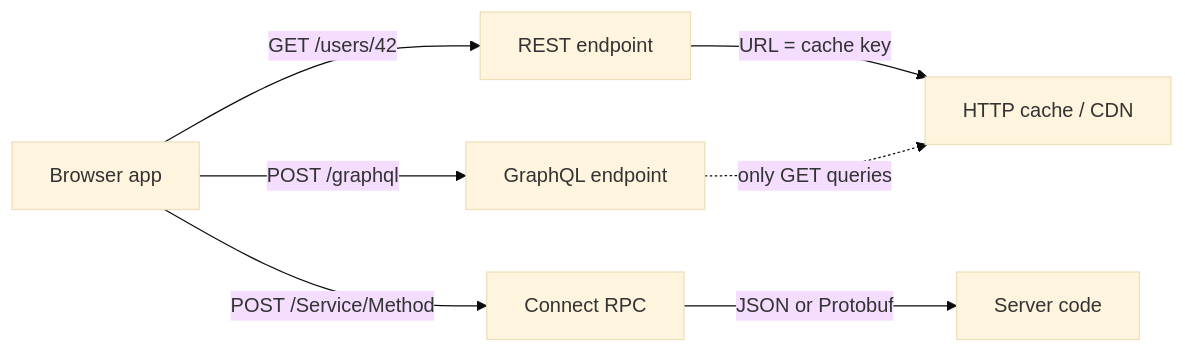
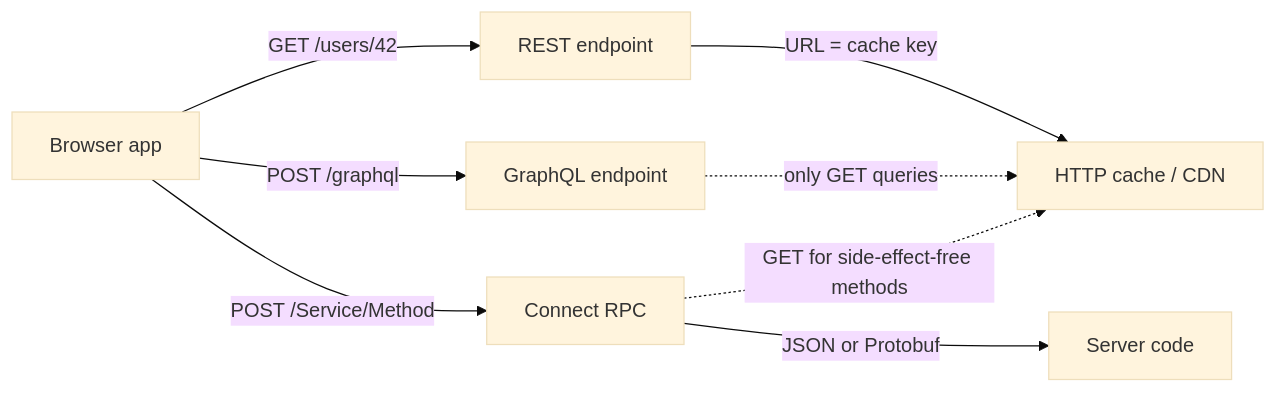
One commit to lakshay-testsigma/notes_management changed the diagram in vault/frontend-engineering/how-the-web-works/internet-and-networking/visuals/assets/api-style-map-internet-and-networking.mmd. Above: the diagram before and after it, drawn with Mermaid (base theme). The commit also changed 40 other files, not shown here.

```diff
--- a/vault/frontend-engineering/how-the-web-works/internet-and-networking/visuals/assets/api-style-map-internet-and-networking.mmd
+++ b/vault/frontend-engineering/how-the-web-works/internet-and-networking/visuals/assets/api-style-map-internet-and-networking.mmd
@@ -1,8 +1,9 @@
 flowchart LR
   app["Browser app"]
   app -- "GET /users/42" --> rest["REST endpoint"]
   app -- "POST /graphql" --> gql["GraphQL endpoint"]
   app -- "POST /Service/Method" --> rpc["Connect RPC"]
   rest -- "URL = cache key" --> cache["HTTP cache / CDN"]
   gql -. "only GET queries" .-> cache
+  rpc -. "GET for side-effect-free methods" .-> cache
   rpc -- "JSON or Protobuf" --> server["Server code"]
```
